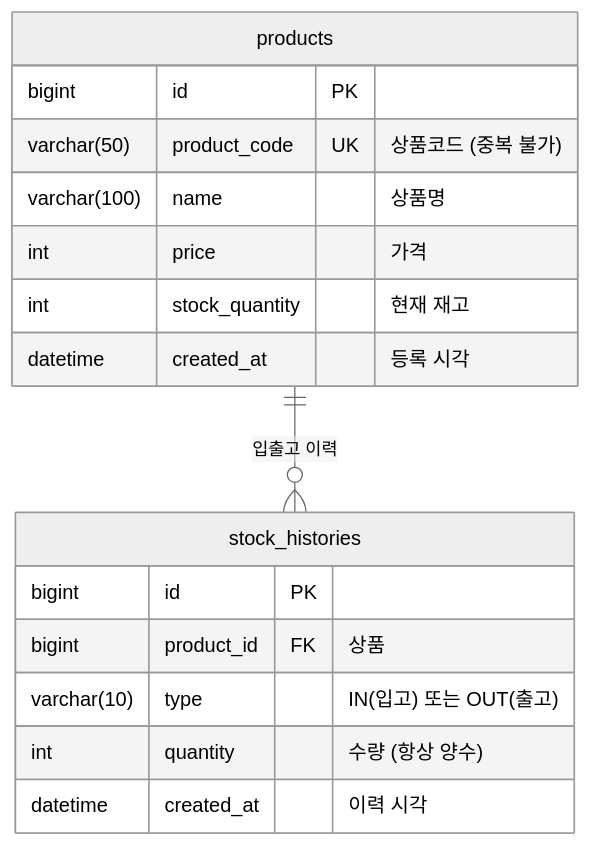
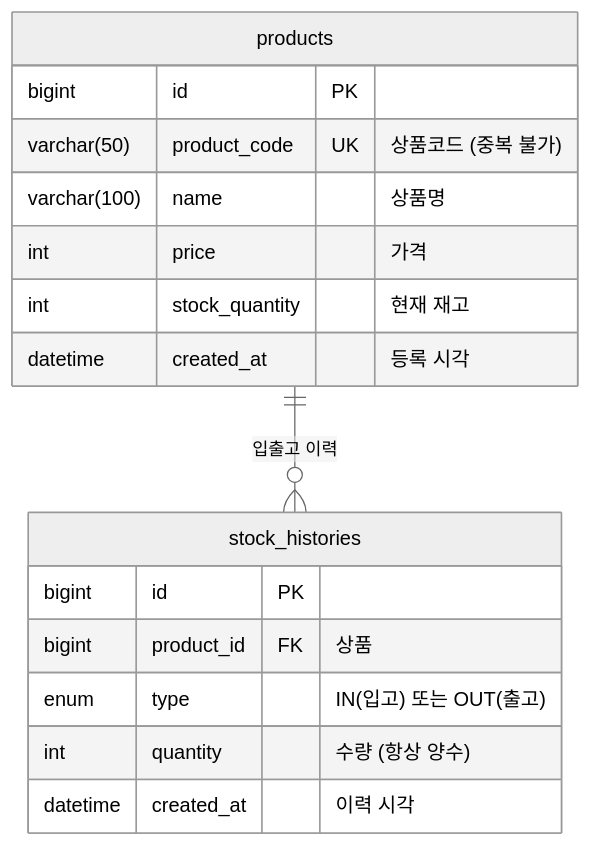
One commit to strawberryroll/inventory-api changed the diagram in README.md. Above: the diagram before and after it, drawn with Mermaid (neutral theme). The commit also changed other lines of this file, not shown here.

````diff
--- a/README.md
+++ b/README.md
@@ -264,21 +272,21 @@
 ```mermaid
 erDiagram
     products ||--o{ stock_histories : "입출고 이력"
 
     products {
         bigint id PK
         varchar(50) product_code UK "상품코드 (중복 불가)"
         varchar(100) name "상품명"
         int price "가격"
         int stock_quantity "현재 재고"
         datetime created_at "등록 시각"
     }
 
     stock_histories {
         bigint id PK
         bigint product_id FK "상품"
-        varchar(10) type "IN(입고) 또는 OUT(출고)"
+        enum type "IN(입고) 또는 OUT(출고)"
         int quantity "수량 (항상 양수)"
         datetime created_at "이력 시각"
     }
 ```
````
